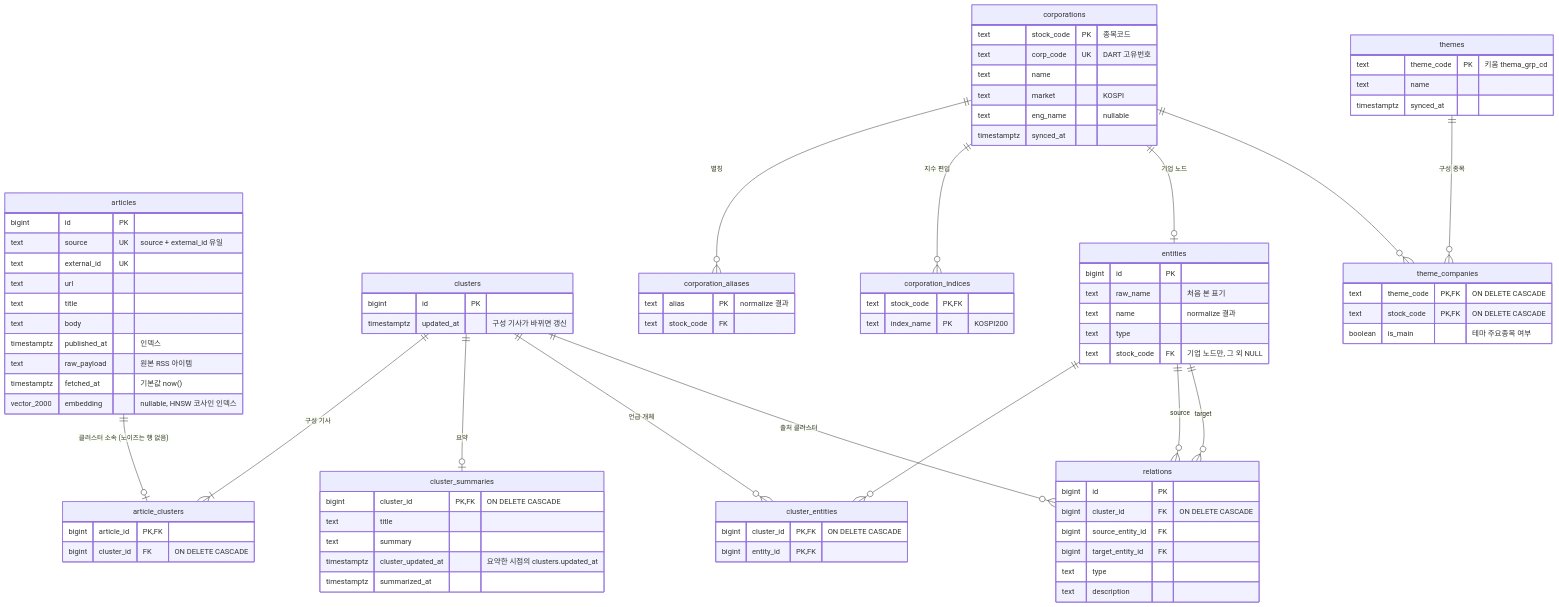
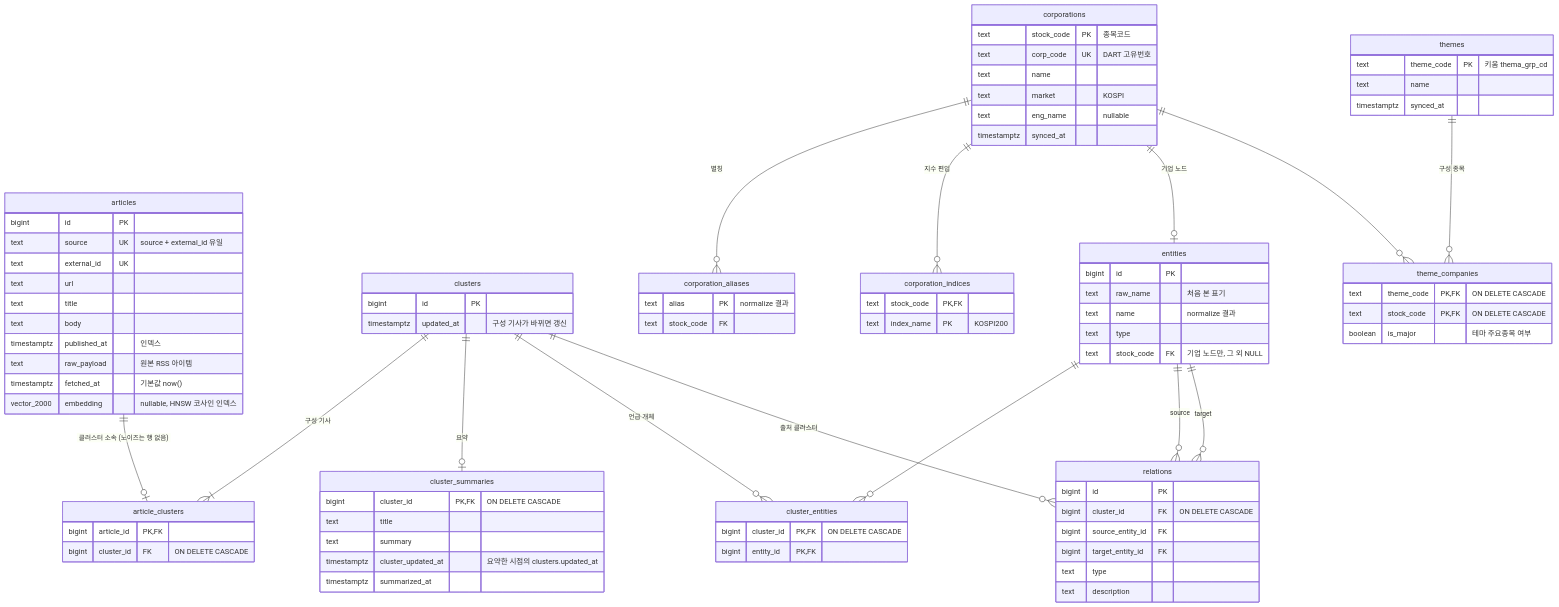
The diagram in README.md (100-hours-a-week/KTB4-11th-AI), drawn with Mermaid before and after one commit. The commit also changed 7 other files, not shown here.

````diff
--- a/README.md
+++ b/README.md
@@ -106,6 +106,6 @@
     theme_companies {
         text theme_code PK, FK "ON DELETE CASCADE"
         text stock_code PK, FK "ON DELETE CASCADE"
-        boolean is_main "테마 주요종목 여부"
+        boolean is_major "테마 주요종목 여부"
     }
 ```
````
